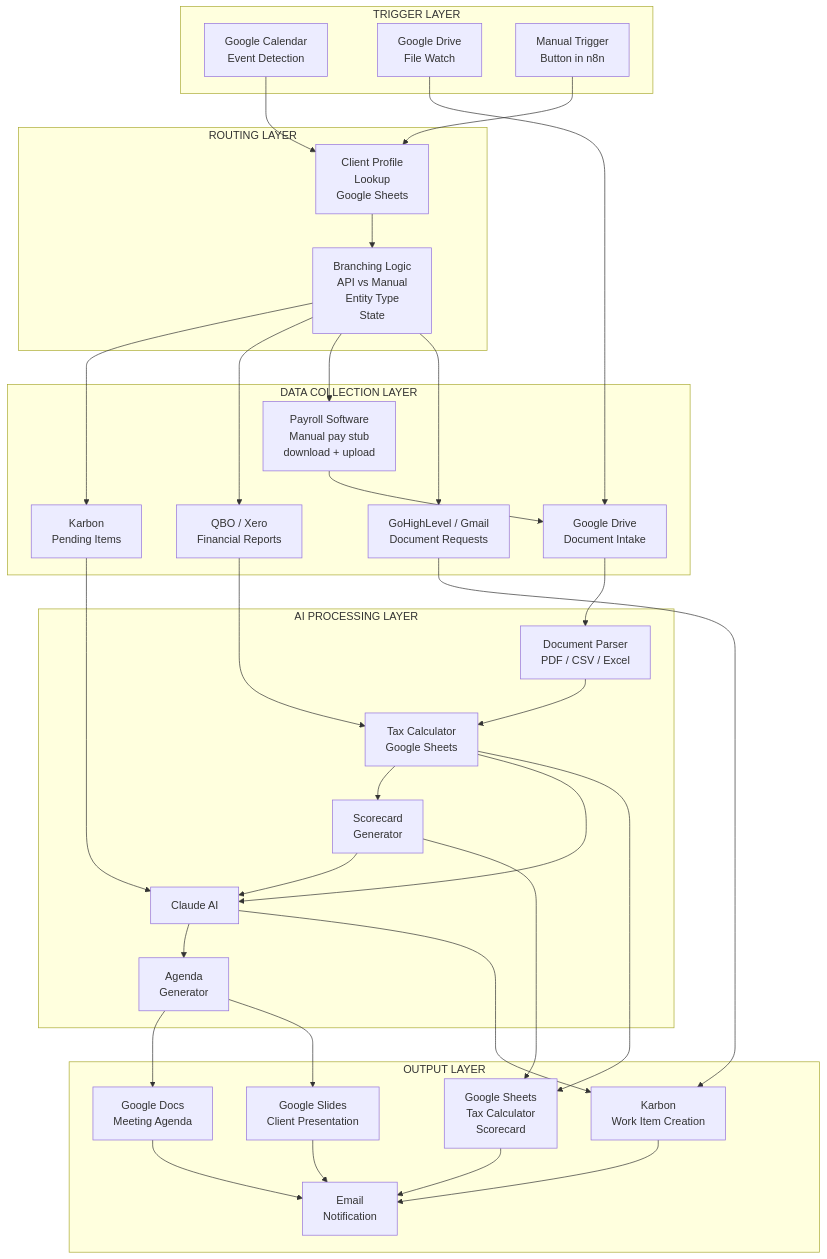
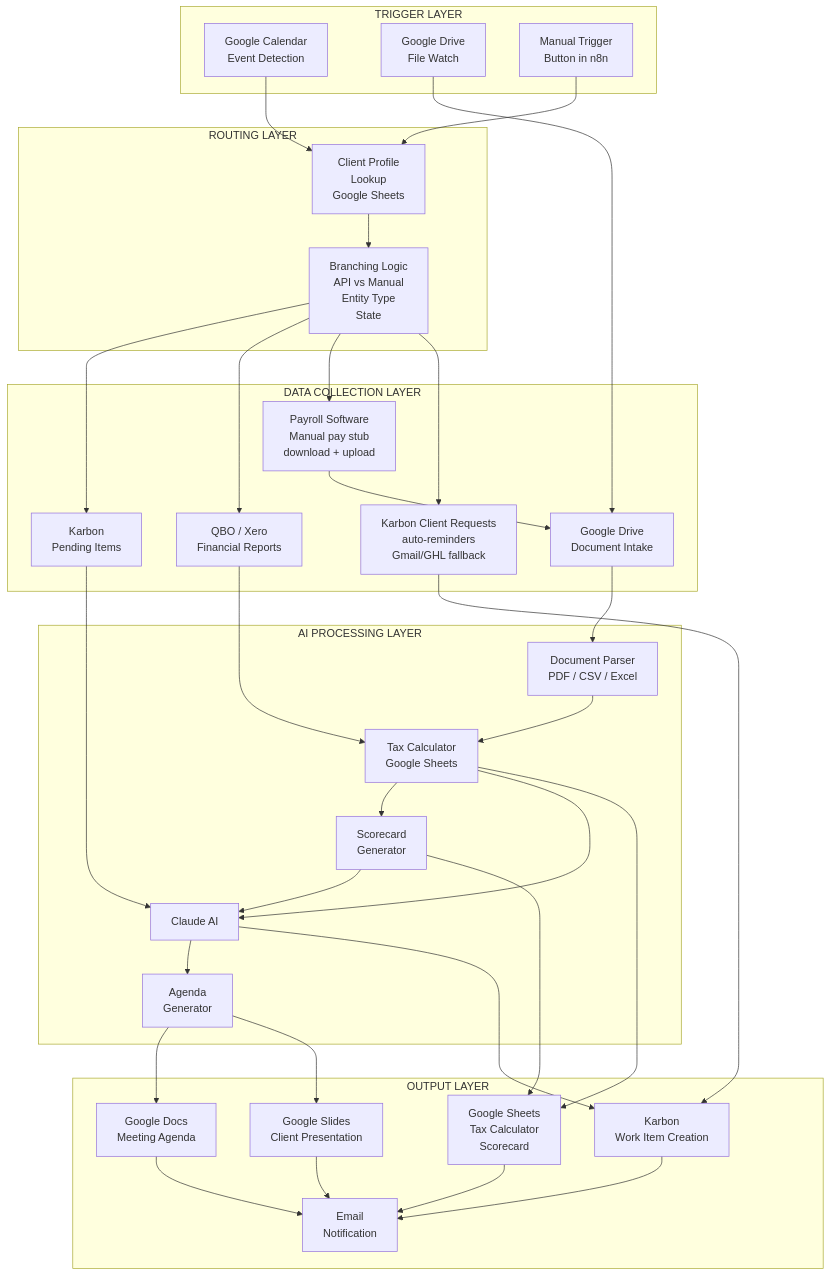
The third of 23 diagrams in docs/quarterly-meeting-automation/05-Comprehensive-Workflow-Documentation.md (dkinvestments-art/n8n), drawn with Mermaid before and after one commit. The commit also changed other lines of this file, not shown here.

````diff
--- a/docs/quarterly-meeting-automation/05-Comprehensive-Workflow-Documentation.md
+++ b/docs/quarterly-meeting-automation/05-Comprehensive-Workflow-Documentation.md
@@ -164,65 +167,65 @@
 ```mermaid
 flowchart TD
     subgraph TRIGGER["TRIGGER LAYER"]
         CAL[Google Calendar<br/>Event Detection]
         DRIVE[Google Drive<br/>File Watch]
         MANUAL[Manual Trigger<br/>Button in n8n]
     end
 
     subgraph ROUTING["ROUTING LAYER"]
         PROFILE[Client Profile<br/>Lookup<br/>Google Sheets]
         BRANCH[Branching Logic<br/>API vs Manual<br/>Entity Type<br/>State]
     end
 
     subgraph COLLECTION["DATA COLLECTION LAYER"]
         KARBON[Karbon<br/>Pending Items]
         QBO[QBO / Xero<br/>Financial Reports]
         PAYROLL[Payroll Software<br/>Manual pay stub<br/>download + upload]
-        EMAIL[GoHighLevel / Gmail<br/>Document Requests]
+        EMAIL[Karbon Client Requests<br/>auto-reminders<br/>Gmail/GHL fallback]
         INTAKE[Google Drive<br/>Document Intake]
     end
 
     subgraph PROCESSING["AI PROCESSING LAYER"]
         CLAUDE[Claude AI]
         PARSE[Document Parser<br/>PDF / CSV / Excel]
         CALC[Tax Calculator<br/>Google Sheets]
         SCORE[Scorecard<br/>Generator]
         AGENDA[Agenda<br/>Generator]
     end
 
     subgraph OUTPUT["OUTPUT LAYER"]
         GDOC[Google Docs<br/>Meeting Agenda]
         GSHEET[Google Sheets<br/>Tax Calculator<br/>Scorecard]
         GSLIDE[Google Slides<br/>Client Presentation]
         KARBON_WI[Karbon<br/>Work Item Creation]
         NOTIFY[Email<br/>Notification]
     end
 
     CAL --> PROFILE
     DRIVE --> INTAKE
     MANUAL --> PROFILE
     PROFILE --> BRANCH
     BRANCH --> KARBON
     BRANCH --> QBO
     BRANCH --> PAYROLL
     BRANCH --> EMAIL
     PAYROLL --> INTAKE
     INTAKE --> PARSE
     KARBON --> CLAUDE
     QBO --> CALC
     PARSE --> CALC
     EMAIL --> KARBON_WI
     CALC --> SCORE
     CALC --> CLAUDE
     SCORE --> CLAUDE
     CLAUDE --> AGENDA
     AGENDA --> GDOC
     AGENDA --> GSLIDE
     SCORE --> GSHEET
     CALC --> GSHEET
     CLAUDE --> KARBON_WI
     GDOC --> NOTIFY
     GSHEET --> NOTIFY
     GSLIDE --> NOTIFY
     KARBON_WI --> NOTIFY
 ```
````
